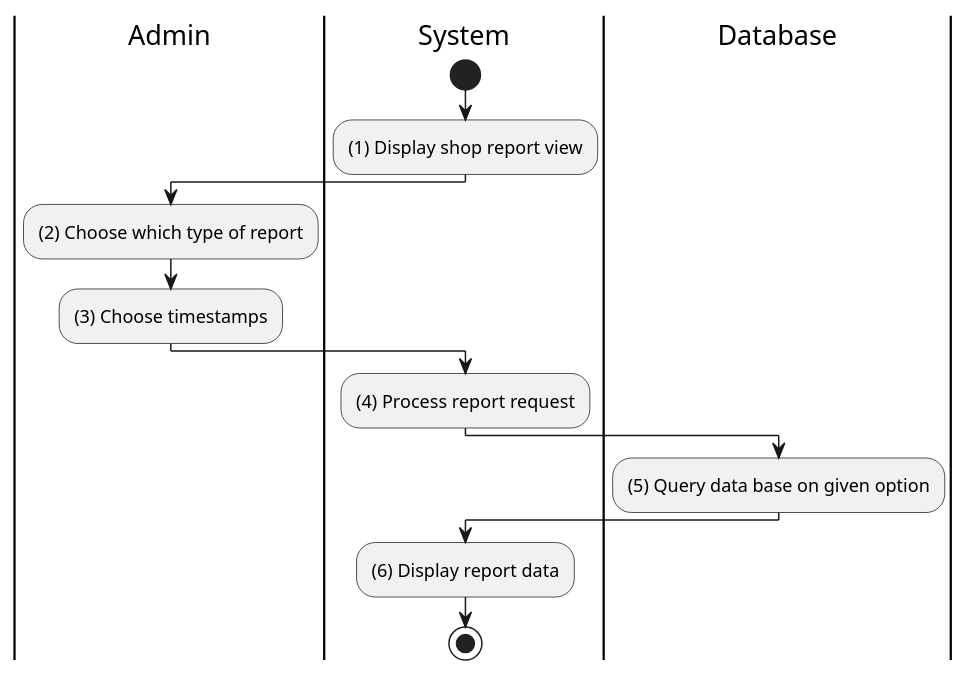
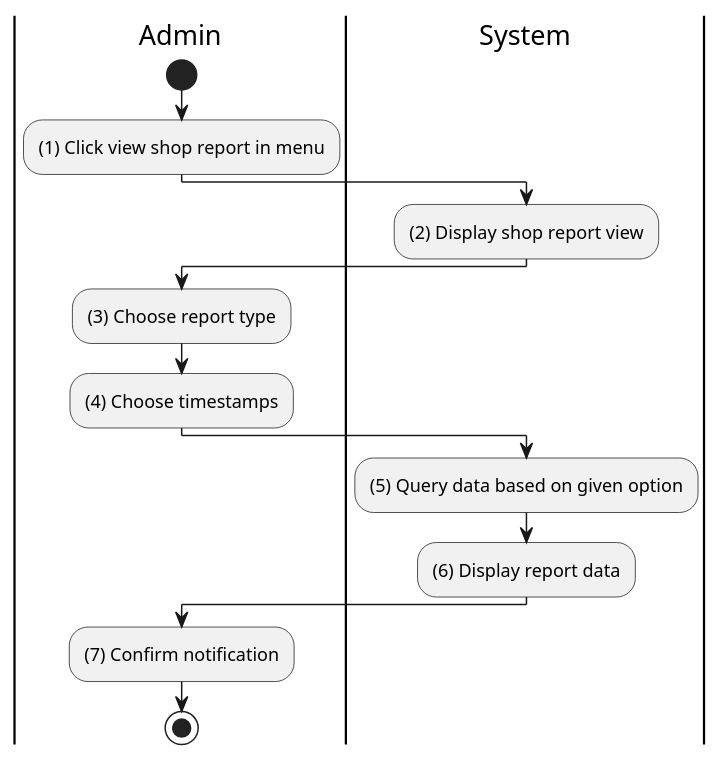
Before and after one commit to electricilies/electricilies.github.io: the diagram in docs/software-docs/activity/view-shop-report/view-shop-report.md, drawn with PlantUML. The commit also changed 47 other files, not shown here.

````diff
--- a/docs/software-docs/activity/view-shop-report/view-shop-report.md
+++ b/docs/software-docs/activity/view-shop-report/view-shop-report.md
@@ -3,22 +3,21 @@
 ```plantuml
 @startuml
 |A|Admin
 |S|System
-|D|Database
 
+|A|
+start
+:(1) Click view shop report in menu;
 |S|
-start
-:(1) Display shop report view;
+:(2) Display shop report view;
 |A|
-:(2) Choose which type of report;
-:(3) Choose timestamps;
+:(3) Choose report type;
+:(4) Choose timestamps;
 |S|
-:(4) Process report request;
-|D|
-:(5) Query data base on given option;
-|S|
+:(5) Query data based on given option;
 :(6) Display report data;
+|A|
+:(7) Confirm notification;
 stop
-
 @enduml
 ```
````
